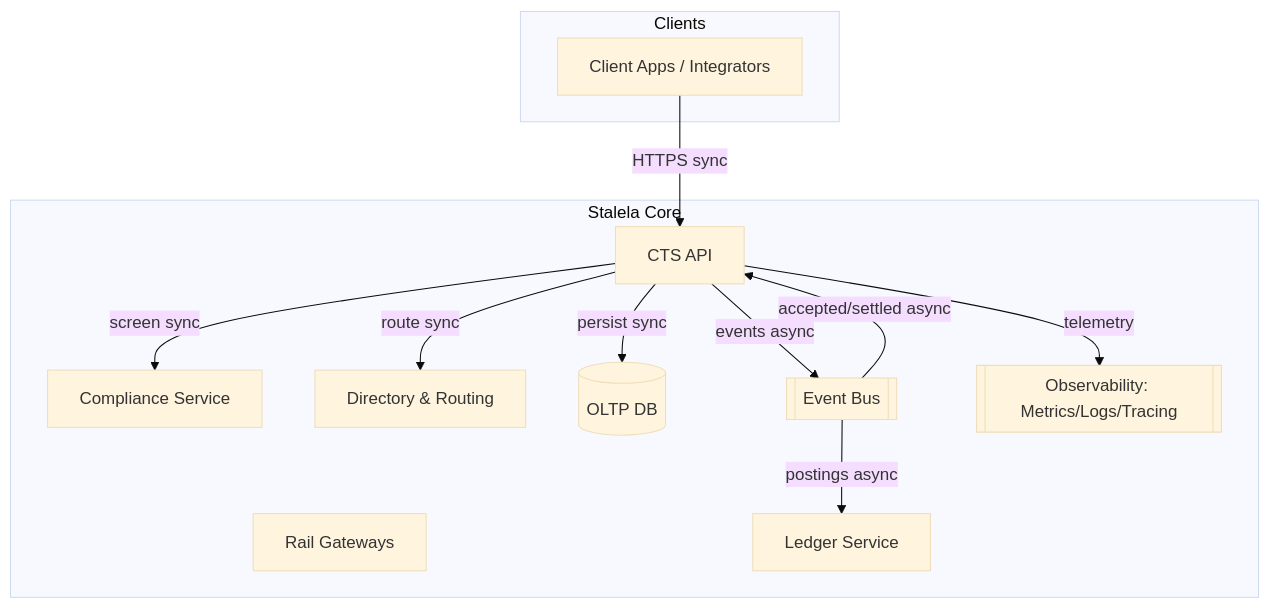
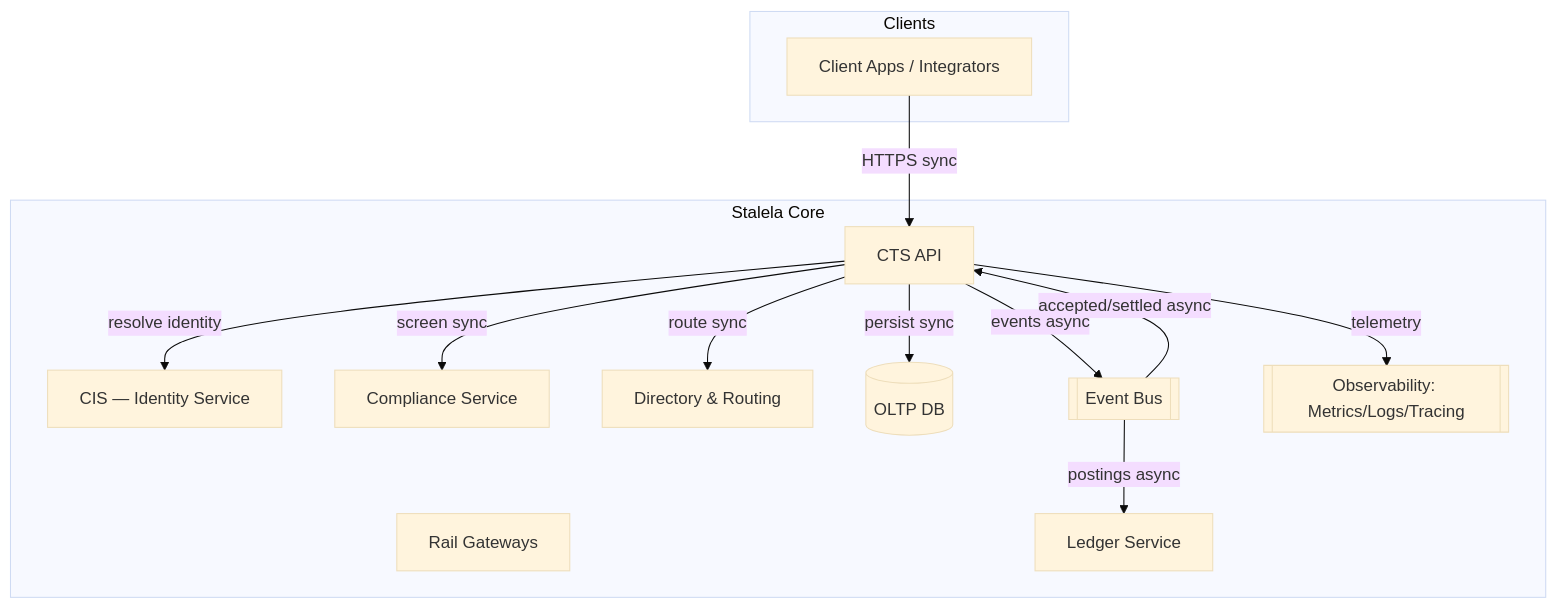
Before and after one commit to stalela/stalela-docs: the first of 14 diagrams in docs/10-payments-nucleus/components/canonical-transfer-service.md, drawn with Mermaid (base theme). The commit also changed other lines of this file and 106 other files, not shown here.

````diff
--- a/docs/10-payments-nucleus/components/canonical-transfer-service.md
+++ b/docs/10-payments-nucleus/components/canonical-transfer-service.md
@@ -21,26 +21,28 @@
 ```mermaid
 graph TD
   subgraph Clients
     A[Client Apps / Integrators]
   end
 
   subgraph Stalela Core
     B[CTS API]
+    CIS[CIS — Identity Service]
     C[Compliance Service]
     D[Directory & Routing]
     E[Rail Gateways]
     F[Ledger Service]
     G[(OLTP DB)]
     H[[Event Bus]]
     I[[Observability: Metrics/Logs/Tracing]]
   end
 
   A -- HTTPS sync --> B
+  B -- resolve identity --> CIS
   B -- screen sync --> C
   B -- route sync --> D
   B -- persist sync --> G
   B -- events async --> H
   H -- accepted/settled async --> B
   H -- postings async --> F
   B -- telemetry --> I
 ```
````
